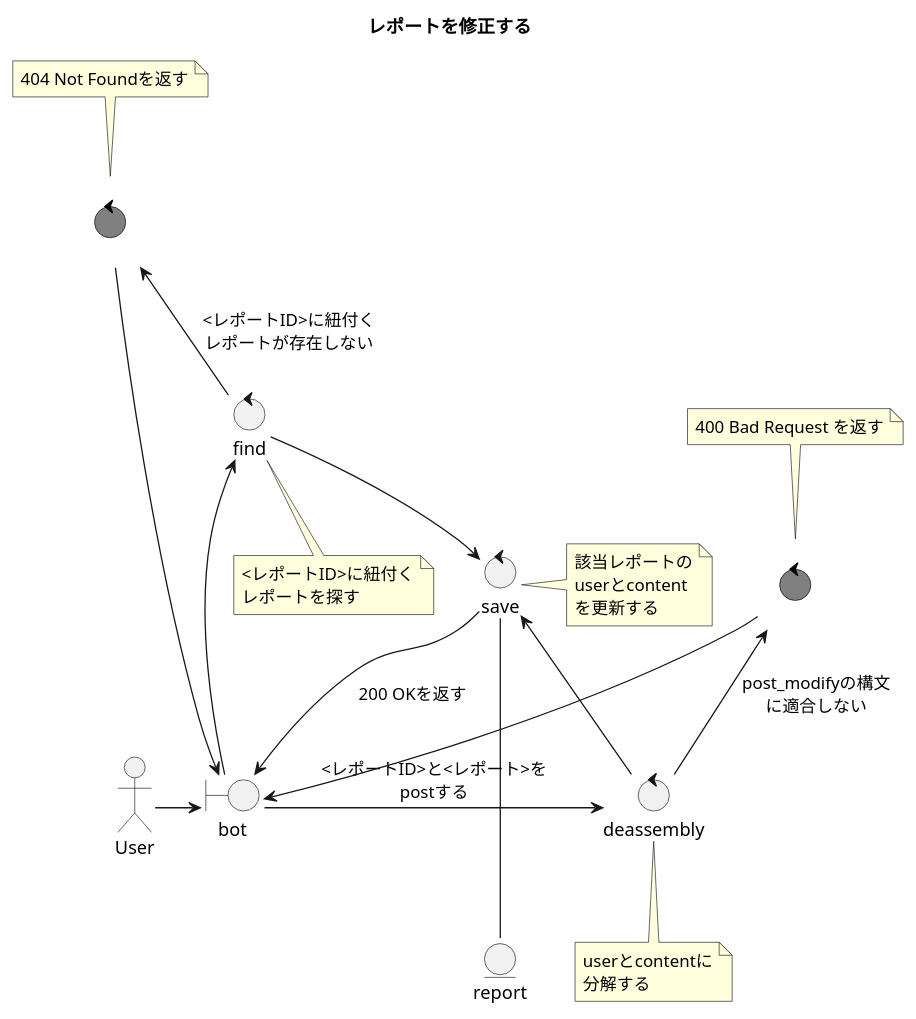
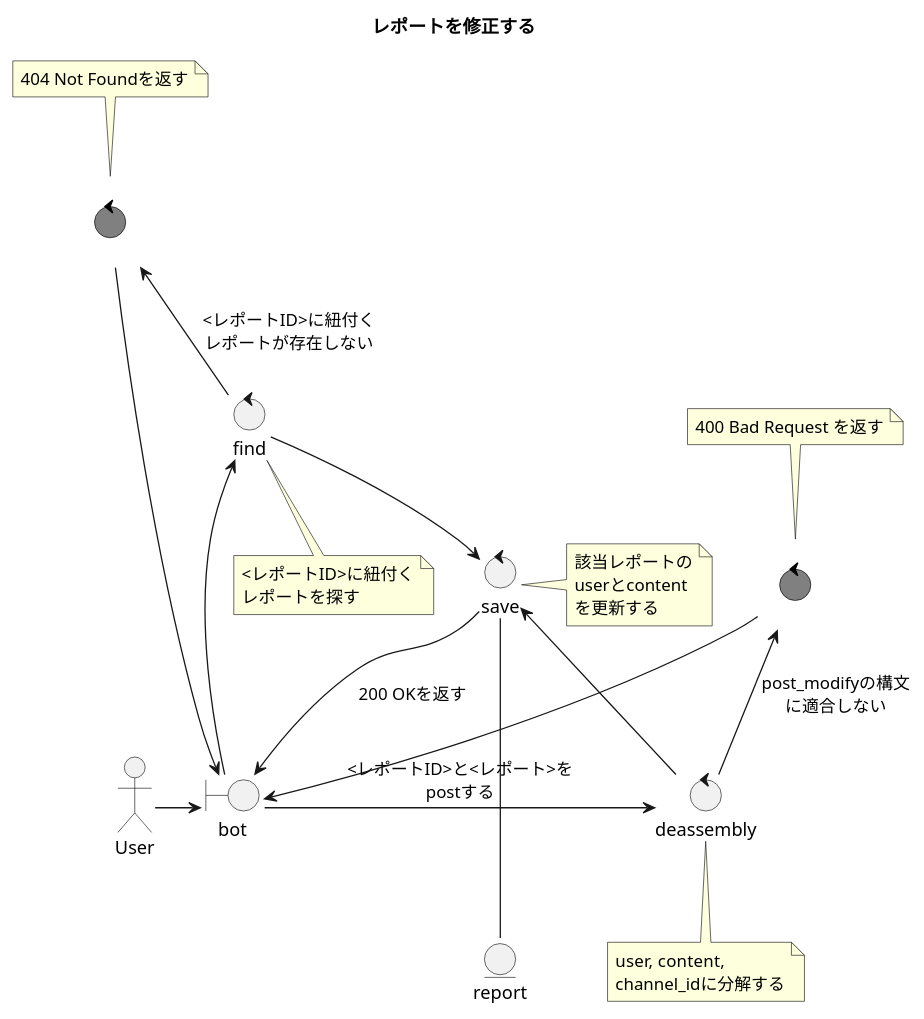
Before and after one commit to ito-masam/kpt-guard.doc: the diagram in 1.design/3.robustnesses/post-report-modify.md, drawn with PlantUML. The commit also changed 9 other files, not shown here.

```diff
--- a/1.design/3.robustnesses/post-report-modify.md
+++ b/1.design/3.robustnesses/post-report-modify.md
@@ -1,59 +1,59 @@
 @startuml
 
     ' ----------- meta
     title レポートを修正する
 
     skinparam {
       ControlFontColor<<error>> white
       ControlFontName<<error>> Verdana
       ControlBackgroundColor<<error>> gray
       ControlBorderColor<<error>> black
     }
 
     actor User
     boundary bot
     control deassembly
     note bottom of deassembly
-        userとcontentに
-        分解する
+        user, content,
+        channel_idに分解する
     end note
     control find
     note bottom of find
         <レポートID>に紐付く
         レポートを探す
     end note
     control save
     note right of save
         該当レポートの
         userとcontent
         を更新する
     end note
     entity report
 
 
     ' ----------- main
     User -right-> bot
     bot -right--> deassembly : <レポートID>と<レポート>を\npostする
     bot -left--> find
     deassembly --> save
     find --> save
     save --- report
     save --> bot : 200 OKを返す
 
     ' ----------- alternative
     control error400 <<error>>
     note top of error400
         400 Bad Request を返す
     end note
     deassembly -up-> error400 : post_modifyの構文\nに適合しない
     error400 --> bot
 
     control error404 <<error>>
     note top of error404
         404 Not Foundを返す
     end note
     find -up-> error404 : <レポートID>に紐付く\nレポートが存在しない
     error404 --> bot
 
 
 @enduml
```
